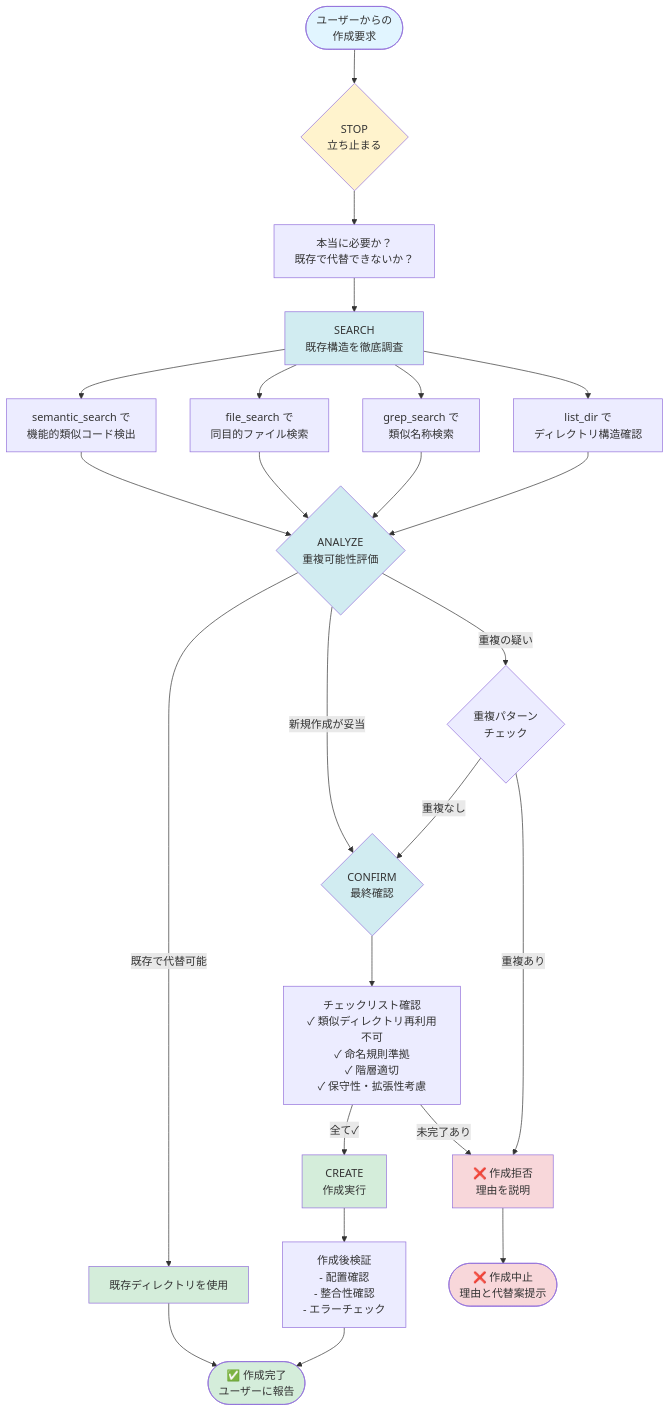
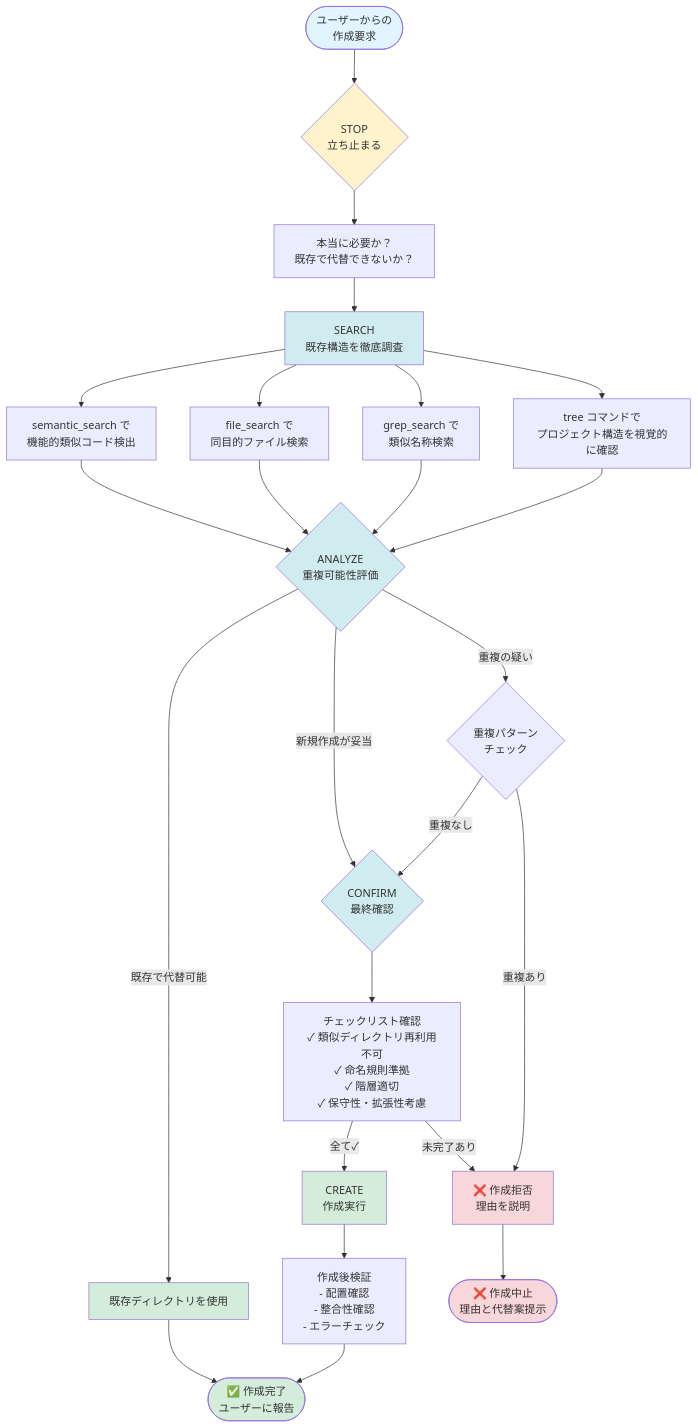
Before and after one commit to nakagawah13/factory-ml-offline-system: the diagram in docs/instructions_tmp/ai-project-structure.instructions.md, drawn with Mermaid. The commit also changed other lines of this file, not shown here.

````diff
--- a/docs/instructions_tmp/ai-project-structure.instructions.md
+++ b/docs/instructions_tmp/ai-project-structure.instructions.md
@@ -317,46 +318,46 @@
 ```mermaid
 flowchart TD
     Start([ユーザーからの<br/>作成要求]) --> Stop{STOP<br/>立ち止まる}
     Stop --> Question[本当に必要か？<br/>既存で代替できないか？]
     Question --> Search[SEARCH<br/>既存構造を徹底調査]
     
-    Search --> ListDir[list_dir で<br/>ディレクトリ構造確認]
+    Search --> Tree[tree コマンドで<br/>プロジェクト構造を視覚的に確認]
     Search --> GrepSearch[grep_search で<br/>類似名称検索]
     Search --> FileSearch[file_search で<br/>同目的ファイル検索]
     Search --> SemanticSearch[semantic_search で<br/>機能的類似コード検出]
     
-    ListDir --> Analyze
+    Tree --> Analyze
     GrepSearch --> Analyze
     FileSearch --> Analyze
     SemanticSearch --> Analyze
     
     Analyze{ANALYZE<br/>重複可能性評価} --> |既存で代替可能| UseExisting[既存ディレクトリを使用]
     Analyze --> |重複の疑い| CheckDuplicate{重複パターン<br/>チェック}
     
     CheckDuplicate --> |重複あり| Reject[❌ 作成拒否<br/>理由を説明]
     CheckDuplicate --> |重複なし| Confirm
     
     Analyze --> |新規作成が妥当| Confirm{CONFIRM<br/>最終確認}
     
     Confirm --> CheckList[チェックリスト確認<br/>✓ 類似ディレクトリ再利用不可<br/>✓ 命名規則準拠<br/>✓ 階層適切<br/>✓ 保守性・拡張性考慮]
     
     CheckList --> |全て✓| Create[CREATE<br/>作成実行]
     CheckList --> |未完了あり| Reject
     
     Create --> Verify[作成後検証<br/>- 配置確認<br/>- 整合性確認<br/>- エラーチェック]
     
     Verify --> Success([✅ 作成完了<br/>ユーザーに報告])
     UseExisting --> Success
     Reject --> End([❌ 作成中止<br/>理由と代替案提示])
     
     style Start fill:#e1f5ff
     style Stop fill:#fff3cd
     style Search fill:#d1ecf1
     style Analyze fill:#d1ecf1
     style Confirm fill:#d1ecf1
     style Create fill:#d4edda
     style Success fill:#d4edda
     style Reject fill:#f8d7da
     style End fill:#f8d7da
     style UseExisting fill:#d4edda
 ```
````
